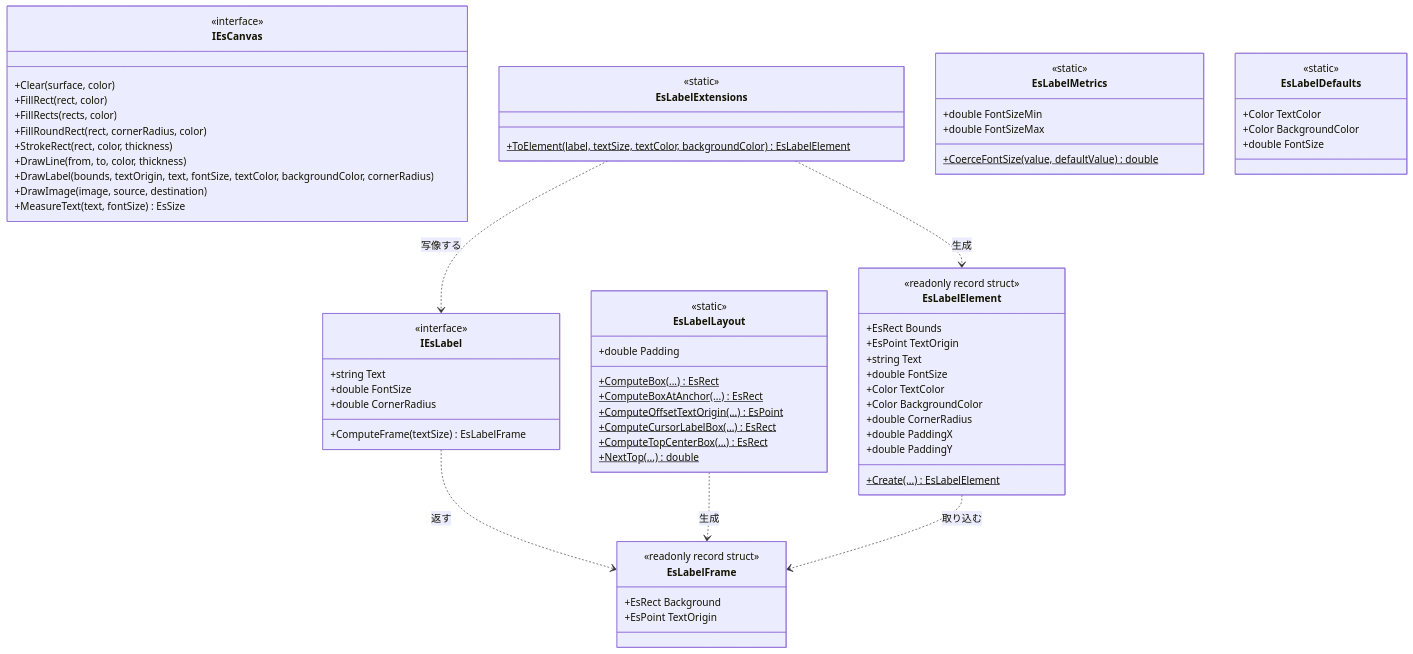
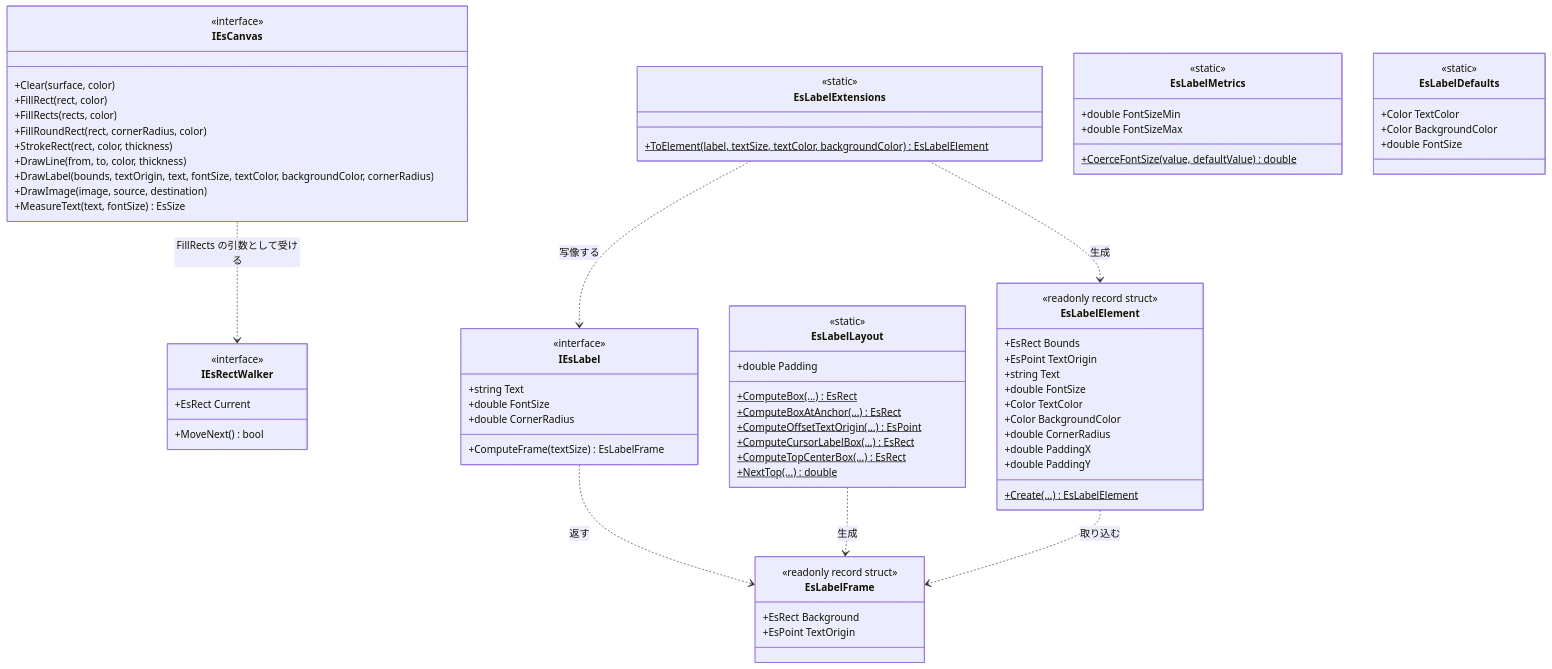
Before and after one commit to tomokuni/SaveEvidence: the second of 3 diagrams in src/Common/SPEC_System.md, drawn with Mermaid. The commit also changed other lines of this file and 16 other files, not shown here.

````diff
--- a/src/Common/SPEC_System.md
+++ b/src/Common/SPEC_System.md
@@ -60,72 +61,78 @@
 ```mermaid
 classDiagram
   class IEsCanvas {
     <<interface>>
     +Clear(surface, color)
     +FillRect(rect, color)
     +FillRects(rects, color)
     +FillRoundRect(rect, cornerRadius, color)
     +StrokeRect(rect, color, thickness)
     +DrawLine(from, to, color, thickness)
     +DrawLabel(bounds, textOrigin, text, fontSize, textColor, backgroundColor, cornerRadius)
     +DrawImage(image, source, destination)
     +MeasureText(text, fontSize) EsSize
+  }
+  class IEsRectWalker {
+    <<interface>>
+    +MoveNext() bool
+    +EsRect Current
   }
   class IEsLabel {
     <<interface>>
     +string Text
     +double FontSize
     +double CornerRadius
     +ComputeFrame(textSize) EsLabelFrame
   }
   class EsLabelFrame {
     <<readonly record struct>>
     +EsRect Background
     +EsPoint TextOrigin
   }
   class EsLabelElement {
     <<readonly record struct>>
     +EsRect Bounds
     +EsPoint TextOrigin
     +string Text
     +double FontSize
     +Color TextColor
     +Color BackgroundColor
     +double CornerRadius
     +double PaddingX
     +double PaddingY
     +Create(...)$ EsLabelElement
   }
   class EsLabelLayout {
     <<static>>
     +double Padding
     +ComputeBox(...)$ EsRect
     +ComputeBoxAtAnchor(...)$ EsRect
     +ComputeOffsetTextOrigin(...)$ EsPoint
     +ComputeCursorLabelBox(...)$ EsRect
     +ComputeTopCenterBox(...)$ EsRect
     +NextTop(...)$ double
   }
   class EsLabelExtensions {
     <<static>>
     +ToElement(label, textSize, textColor, backgroundColor)$ EsLabelElement
   }
   class EsLabelMetrics {
     <<static>>
     +double FontSizeMin
     +double FontSizeMax
     +CoerceFontSize(value, defaultValue)$ double
   }
   class EsLabelDefaults {
     <<static>>
     +Color TextColor
     +Color BackgroundColor
     +double FontSize
   }
 
+  IEsCanvas ..> IEsRectWalker : FillRects の引数として受ける
   IEsLabel ..> EsLabelFrame : 返す
   EsLabelExtensions ..> IEsLabel : 写像する
   EsLabelExtensions ..> EsLabelElement : 生成
   EsLabelLayout ..> EsLabelFrame : 生成
   EsLabelElement ..> EsLabelFrame : 取り込む
 ```
````
